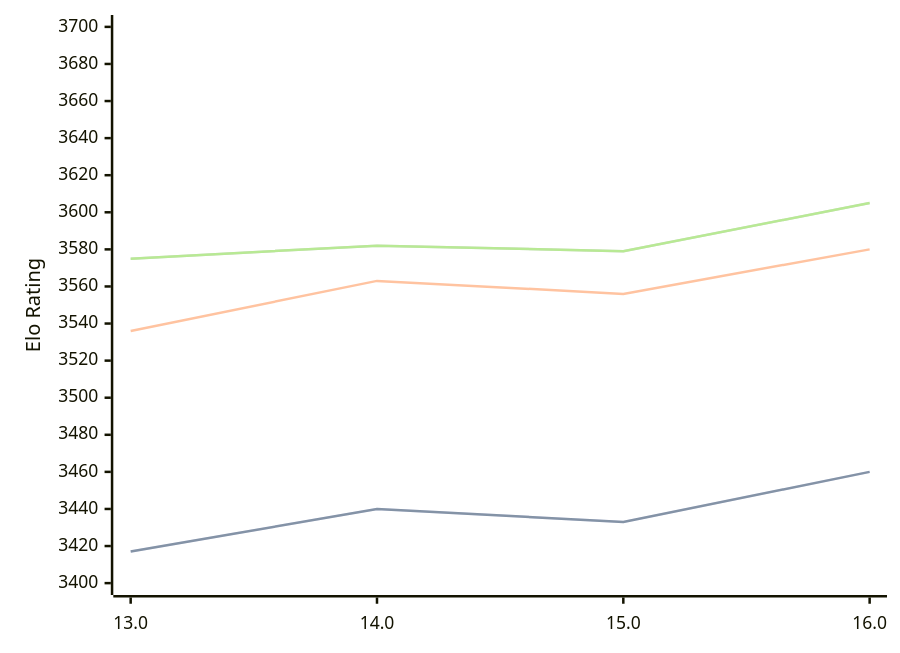
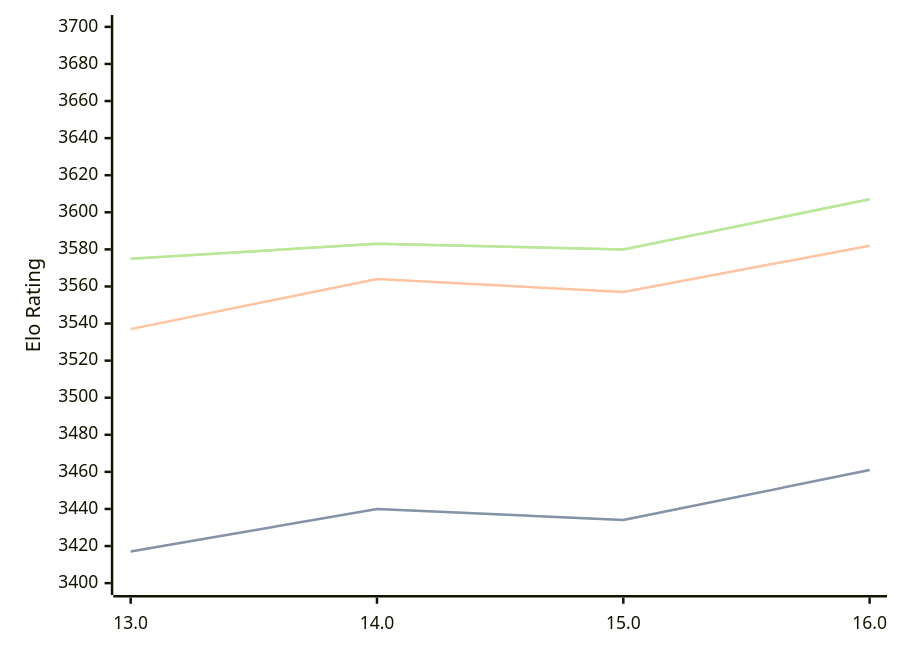
Before and after one commit to computer-chess-index/cci: the diagram in engines/Obsidian.md, drawn with Mermaid. The commit also changed other lines of this file, not shown here.

Commit message:
Update CCI Ratings (ELO VLTC) - 2026-04-07

````diff
--- a/engines/Obsidian.md
+++ b/engines/Obsidian.md
@@ -43,11 +43,11 @@
 ```mermaid
 %%{init: {"theme":"base","themeVariables":{"seriesColors:['#a3a3a3','#222221','#faa371']}}}%%
 xychart-beta
   x-axis ["13.0", "14.0", "15.0", "16.0"]
   y-axis "Elo Rating" 3400 --> 3700
-  line "STC (8.0+0.08s)" [3417, 3440, 3433, 3460]
-  line "STC (8.0+0.08s)" [3417, 3440, 3433, 3460]
-  line "LTC (60.0+0.60s)" [3536, 3563, 3556, 3580]
-  line "VLTC (2m24s+1.12s)" [3575, 3582, 3579, 3605]
-  line "VLTC (2m24s+1.12s)" [3575, 3582, 3579, 3605]
+  line "STC (8.0+0.08s)" [3417, 3440, 3434, 3461]
+  line "STC (8.0+0.08s)" [3417, 3440, 3434, 3461]
+  line "LTC (60.0+0.60s)" [3537, 3564, 3557, 3582]
+  line "VLTC (2m24s+1.12s)" [3575, 3583, 3580, 3607]
+  line "VLTC (2m24s+1.12s)" [3575, 3583, 3580, 3607]
 ```
````
